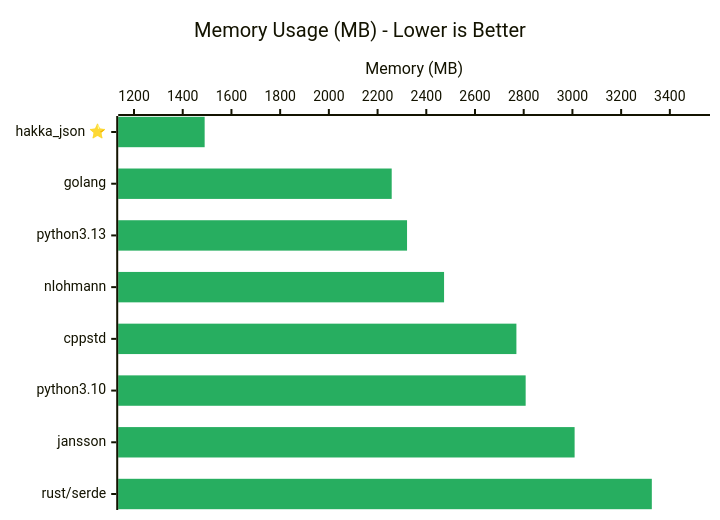
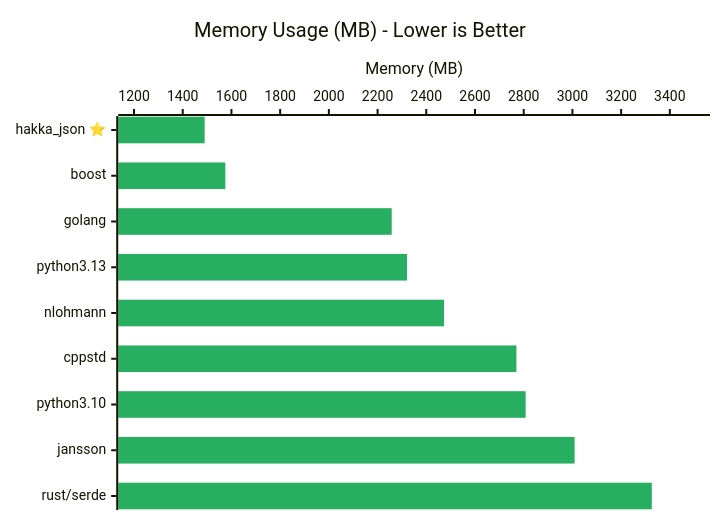
The diagram in README.md (cycraft-corp/hakka_json), drawn with Mermaid before and after one commit. The commit also changed other lines of this file and 3 other files, not shown here.

Commit message:
feat: add Boost.JSON benchmark and update README with new memory usage comparisons

````diff
--- a/README.md
+++ b/README.md
@@ -35,8 +35,8 @@
 ```mermaid
-%%{init: {'theme':'base', 'themeVariables': {'xyChart': {'backgroundColor': 'transparent', 'plotColorPalette': '#27ae60, #2980b9, #2471a3, #5d6d7e, #c0392b, #a93226, #922b21, #7b241c'}}}}%%
+%%{init: {'theme':'base', 'themeVariables': {'xyChart': {'backgroundColor': 'transparent', 'plotColorPalette': '#27ae60, #16a085, #2980b9, #2471a3, #5d6d7e, #c0392b, #a93226, #922b21, #7b241c'}}}}%%
 xychart-beta horizontal
     title "Memory Usage (MB) - Lower is Better"
-    x-axis ["hakka_json ⭐", golang, python3.13, nlohmann, cppstd, python3.10, jansson, "rust/serde"]
+    x-axis ["hakka_json ⭐", boost, golang, python3.13, nlohmann, cppstd, python3.10, jansson, "rust/serde"]
     y-axis "Memory (MB)" 1200 --> 3500
-    bar [1490, 2258, 2321, 2473, 2770, 2808, 3009, 3326]
+    bar [1490, 1575, 2258, 2321, 2473, 2770, 2808, 3009, 3326]
 ```
````
